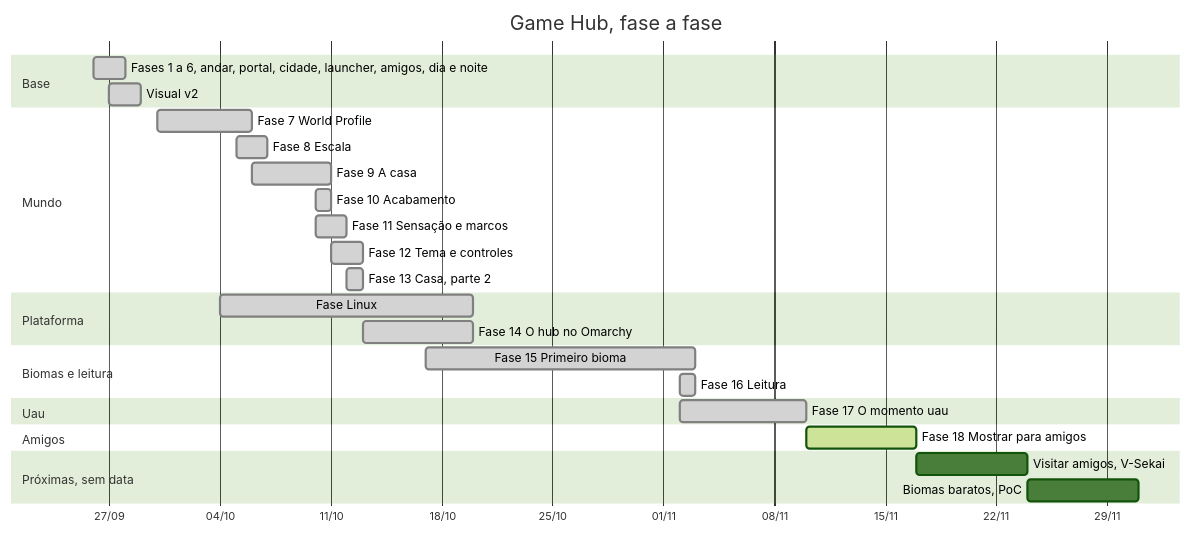
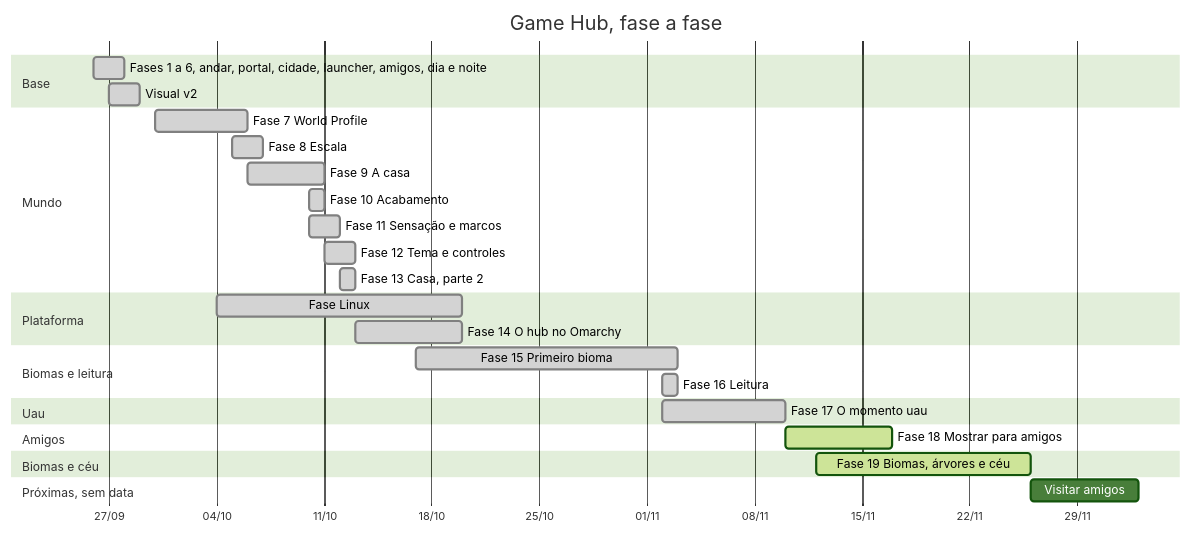
One commit to guitavaress/game-hub changed the diagram in docs/Início.md. Above: the diagram before and after it, drawn with Mermaid (forest theme). The commit also changed other lines of this file and 4 other files, not shown here.

First line of the commit message:
Docs: plano da Fase 19 (Biomas baratos, arvores e ceu vivo)

````diff
--- a/docs/Início.md
+++ b/docs/Início.md
@@ -37,37 +40,39 @@
 ```mermaid
 gantt
     title Game Hub, fase a fase
     dateFormat YYYY-MM-DD
     axisFormat %d/%m
 
     section Base
     Fases 1 a 6, andar, portal, cidade, launcher, amigos, dia e noite :done, f1, 2026-09-26, 2026-09-28
     Visual v2                        :done, v2, 2026-09-27, 2026-09-29
 
     section Mundo
     Fase 7 World Profile             :done, f7, 2026-09-30, 2026-10-06
     Fase 8 Escala                    :done, f8, 2026-10-05, 2026-10-07
     Fase 9 A casa                    :done, f9, 2026-10-06, 2026-10-11
     Fase 10 Acabamento               :done, f10, 2026-10-10, 2026-10-11
     Fase 11 Sensação e marcos        :done, f11, 2026-10-10, 2026-10-12
     Fase 12 Tema e controles         :done, f12, 2026-10-11, 2026-10-13
     Fase 13 Casa, parte 2            :done, f13, 2026-10-12, 2026-10-13
 
     section Plataforma
     Fase Linux                       :done, fl, 2026-10-04, 2026-10-20
     Fase 14 O hub no Omarchy         :done, f14, 2026-10-13, 2026-10-20
 
     section Biomas e leitura
     Fase 15 Primeiro bioma           :done, f15, 2026-10-17, 2026-11-03
     Fase 16 Leitura                  :done, f16, 2026-11-02, 2026-11-03
 
     section Uau
     Fase 17 O momento uau            :done, f17, 2026-11-02, 2026-11-10
 
     section Amigos
     Fase 18 Mostrar para amigos      :active, f18, 2026-11-10, 7d
 
+    section Biomas e céu
+    Fase 19 Biomas, árvores e céu    :active, f19, 2026-11-12, 14d
+
     section Próximas, sem data
-    Visitar amigos, V-Sekai          :u3, after f18, 7d
-    Biomas baratos, PoC              :u4, after u3, 7d
+    Visitar amigos                   :u4, after f19, 7d
 ```
````
